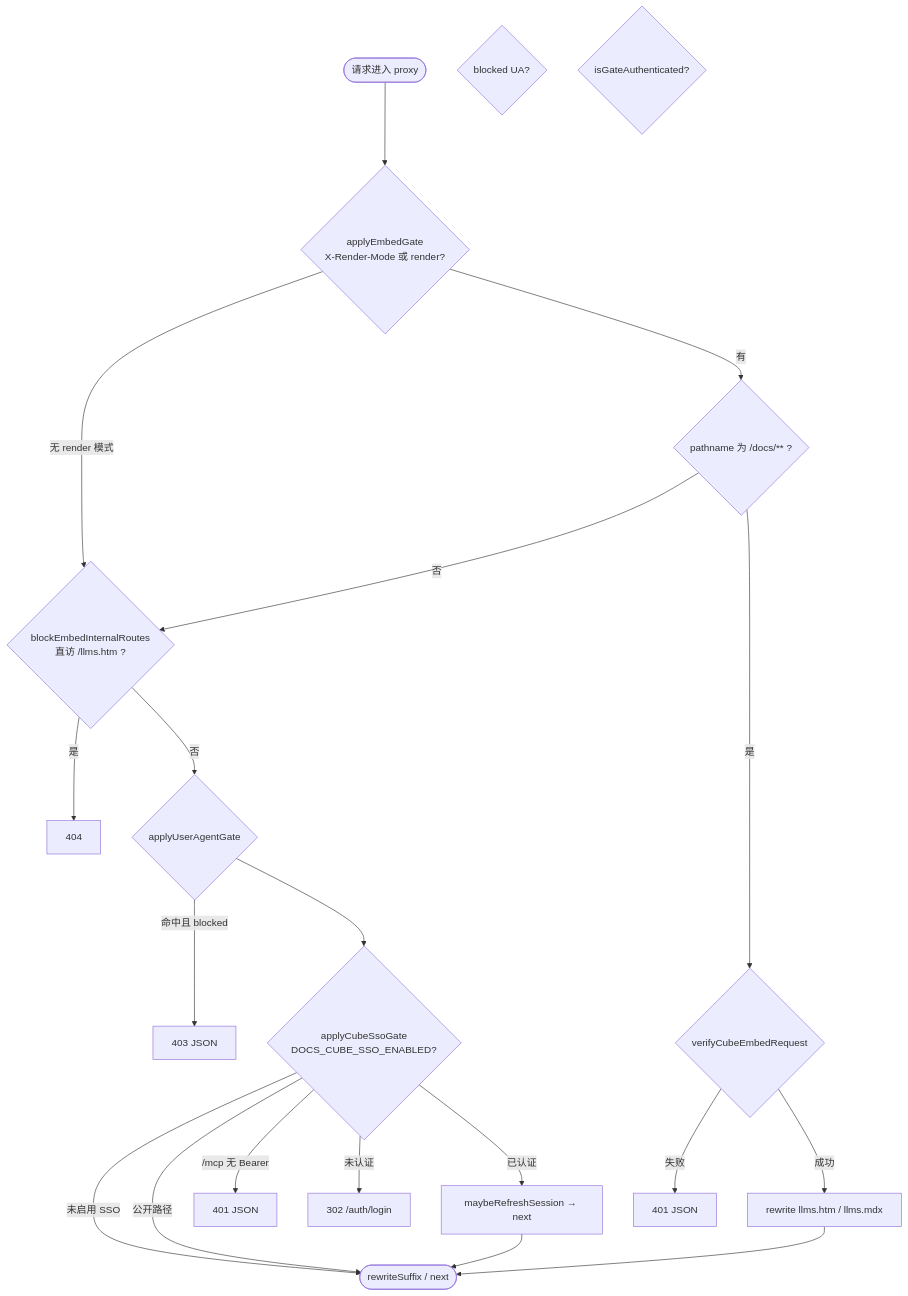
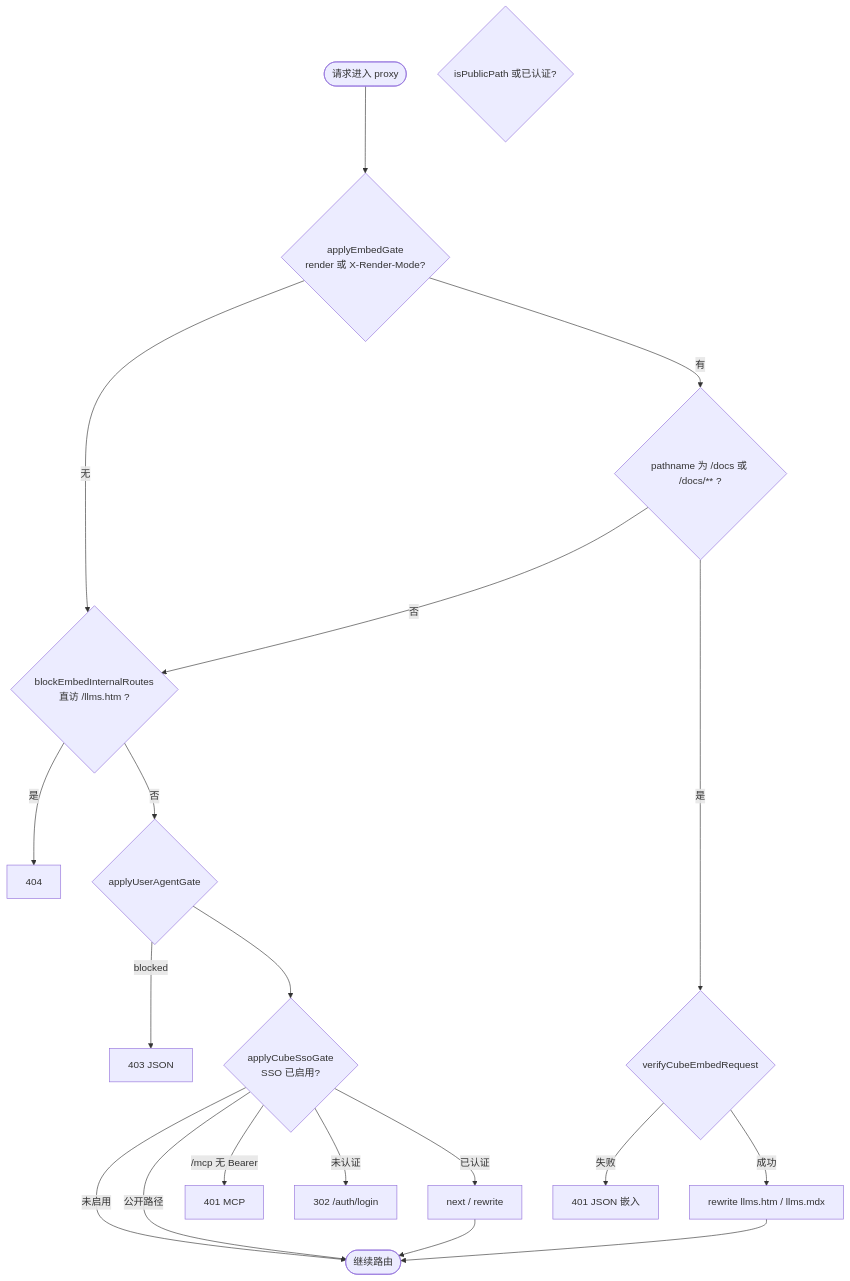
Before and after one commit to Necho-dev/rpa-products-docs: the first of 6 diagrams in deploy/CUBE_SSO.md, drawn with Mermaid. The commit also changed other lines of this file and 15 other files, not shown here.

````diff
--- a/deploy/CUBE_SSO.md
+++ b/deploy/CUBE_SSO.md
@@ -22,37 +148,34 @@
 ```mermaid
 flowchart TD
   START([请求进入 proxy])
-  E1{applyEmbedGate<br/>X-Render-Mode 或 render?}
-  E2{pathname 为 /docs/** ?}
+  E1{applyEmbedGate<br/>render 或 X-Render-Mode?}
+  E2{pathname 为 /docs 或 /docs/** ?}
   E3{verifyCubeEmbedRequest}
   E4[rewrite llms.htm / llms.mdx]
   B1{blockEmbedInternalRoutes<br/>直访 /llms.htm ?}
   B2[404]
   U1{applyUserAgentGate}
-  U2{blocked UA?}
   U3[403 JSON]
-  S1{applyCubeSsoGate<br/>DOCS_CUBE_SSO_ENABLED?}
-  S2{isGateAuthenticated?}
+  S1{applyCubeSsoGate<br/>SSO 已启用?}
+  S2{isPublicPath 或已认证?}
   S3[302 /auth/login]
-  S4[maybeRefreshSession → next]
-  DONE([rewriteSuffix / next])
+  S4[next / rewrite]
+  DONE([继续路由])
 
   START --> E1
-  E1 -->|无 render 模式| B1
+  E1 -->|无| B1
   E1 -->|有| E2
   E2 -->|否| B1
   E2 -->|是| E3
-  E3 -->|失败| E401[401 JSON]
-  E3 -->|成功| E4
-  E4 --> DONE
+  E3 -->|失败| E401[401 JSON 嵌入]
+  E3 -->|成功| E4 --> DONE
   B1 -->|是| B2
   B1 -->|否| U1
-  U1 -->|命中且 blocked| U3
+  U1 -->|blocked| U3
   U1 --> S1
-  S1 -->|未启用 SSO| DONE
+  S1 -->|未启用| DONE
   S1 -->|公开路径| DONE
-  S1 -->|/mcp 无 Bearer| E401MCP[401 JSON]
+  S1 -->|/mcp 无 Bearer| E401MCP[401 MCP]
   S1 -->|未认证| S3
-  S1 -->|已认证| S4
-  S4 --> DONE
+  S1 -->|已认证| S4 --> DONE
 ```
````
